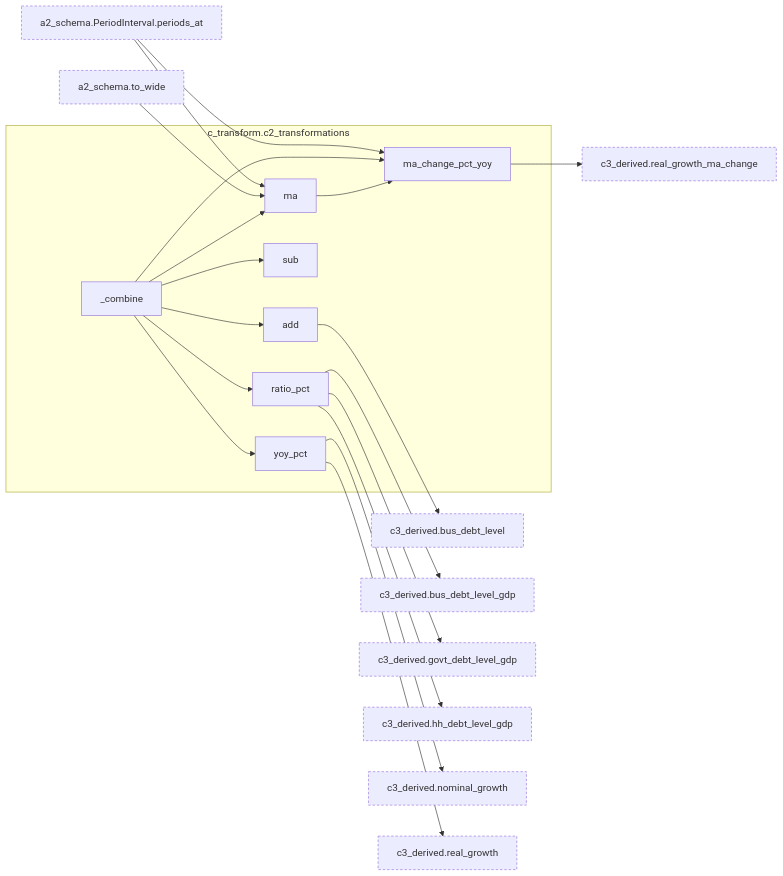
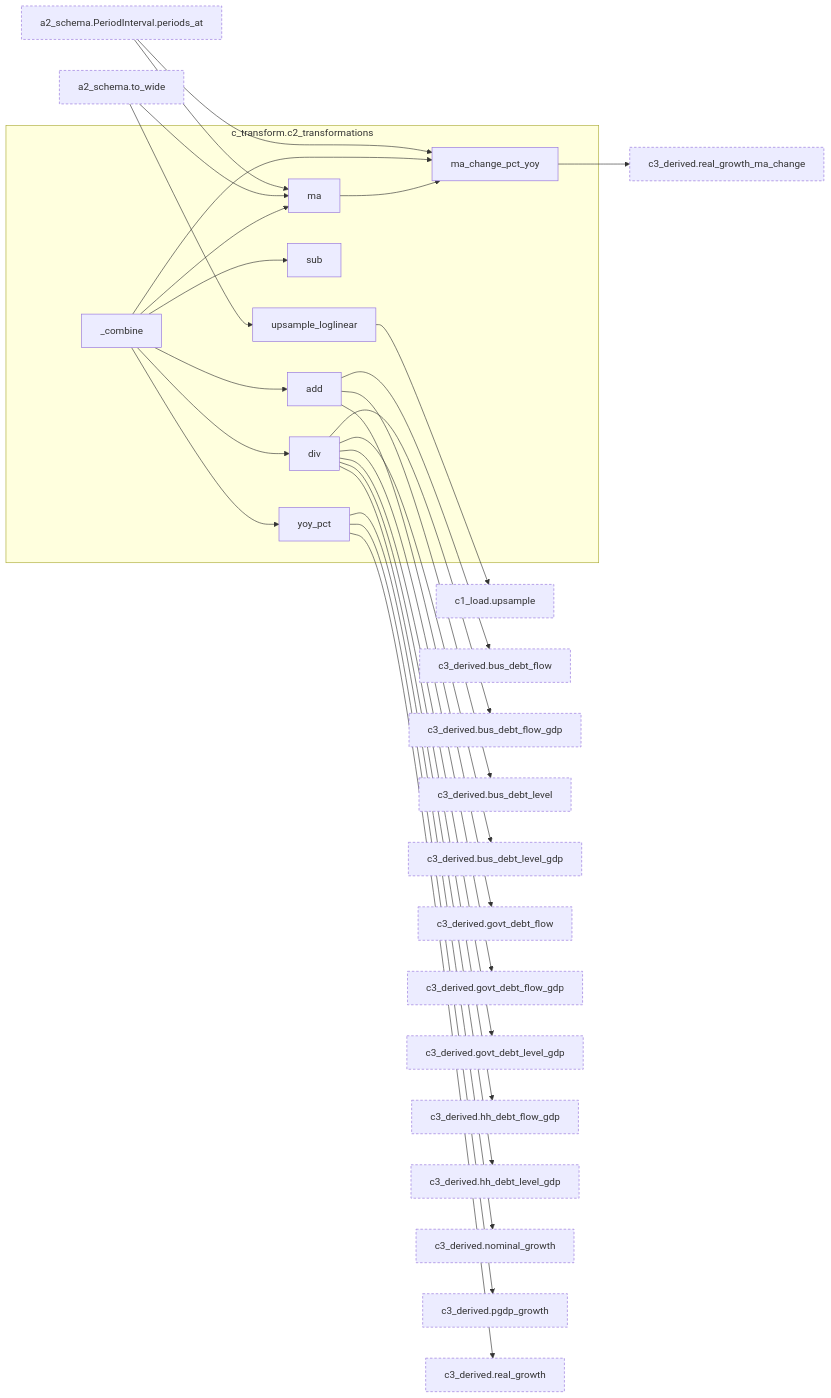
One commit to bsawyerg15/MacroScan changed diagram 12 of 15 in docs/architecture.md. Above: the diagram before and after it, drawn with Mermaid. The commit also changed other lines of this file and 8 other files, not shown here.

````diff
--- a/docs/architecture.md
+++ b/docs/architecture.md
@@ -965,55 +980,79 @@
 ```mermaid
 flowchart LR
   subgraph this["c_transform.c2_transformations"]
     n_c_transform_c2_transformations__combine["_combine"]
     n_c_transform_c2_transformations_add["add"]
+    n_c_transform_c2_transformations_div["div"]
     n_c_transform_c2_transformations_ma["ma"]
     n_c_transform_c2_transformations_ma_change_pct_yoy["ma_change_pct_yoy"]
-    n_c_transform_c2_transformations_ratio_pct["ratio_pct"]
     n_c_transform_c2_transformations_sub["sub"]
+    n_c_transform_c2_transformations_upsample_loglinear["upsample_loglinear"]
     n_c_transform_c2_transformations_yoy_pct["yoy_pct"]
   end
   n_a_core_a2_schema_PeriodInterval_periods_at["a2_schema.PeriodInterval.periods_at"]:::ext
   n_a_core_a2_schema_to_wide["a2_schema.to_wide"]:::ext
+  n_c_transform_c1_load_upsample["c1_load.upsample"]:::ext
+  n_c_transform_c3_derived_bus_debt_flow["c3_derived.bus_debt_flow"]:::ext
+  n_c_transform_c3_derived_bus_debt_flow_gdp["c3_derived.bus_debt_flow_gdp"]:::ext
   n_c_transform_c3_derived_bus_debt_level["c3_derived.bus_debt_level"]:::ext
   n_c_transform_c3_derived_bus_debt_level_gdp["c3_derived.bus_debt_level_gdp"]:::ext
+  n_c_transform_c3_derived_govt_debt_flow["c3_derived.govt_debt_flow"]:::ext
+  n_c_transform_c3_derived_govt_debt_flow_gdp["c3_derived.govt_debt_flow_gdp"]:::ext
   n_c_transform_c3_derived_govt_debt_level_gdp["c3_derived.govt_debt_level_gdp"]:::ext
+  n_c_transform_c3_derived_hh_debt_flow_gdp["c3_derived.hh_debt_flow_gdp"]:::ext
   n_c_transform_c3_derived_hh_debt_level_gdp["c3_derived.hh_debt_level_gdp"]:::ext
   n_c_transform_c3_derived_nominal_growth["c3_derived.nominal_growth"]:::ext
+  n_c_transform_c3_derived_pgdp_growth["c3_derived.pgdp_growth"]:::ext
   n_c_transform_c3_derived_real_growth["c3_derived.real_growth"]:::ext
   n_c_transform_c3_derived_real_growth_ma_change["c3_derived.real_growth_ma_change"]:::ext
+  n_c_transform_c2_transformations_upsample_loglinear --> n_c_transform_c1_load_upsample
   n_c_transform_c2_transformations__combine --> n_c_transform_c2_transformations_add
+  n_c_transform_c2_transformations__combine --> n_c_transform_c2_transformations_div
   n_a_core_a2_schema_PeriodInterval_periods_at --> n_c_transform_c2_transformations_ma
   n_a_core_a2_schema_to_wide --> n_c_transform_c2_transformations_ma
   n_c_transform_c2_transformations__combine --> n_c_transform_c2_transformations_ma
   n_a_core_a2_schema_PeriodInterval_periods_at --> n_c_transform_c2_transformations_ma_change_pct_yoy
   n_c_transform_c2_transformations__combine --> n_c_transform_c2_transformations_ma_change_pct_yoy
   n_c_transform_c2_transformations_ma --> n_c_transform_c2_transformations_ma_change_pct_yoy
-  n_c_transform_c2_transformations__combine --> n_c_transform_c2_transformations_ratio_pct
   n_c_transform_c2_transformations__combine --> n_c_transform_c2_transformations_sub
+  n_a_core_a2_schema_to_wide --> n_c_transform_c2_transformations_upsample_loglinear
   n_c_transform_c2_transformations__combine --> n_c_transform_c2_transformations_yoy_pct
+  n_c_transform_c2_transformations_add --> n_c_transform_c3_derived_bus_debt_flow
+  n_c_transform_c2_transformations_div --> n_c_transform_c3_derived_bus_debt_flow_gdp
   n_c_transform_c2_transformations_add --> n_c_transform_c3_derived_bus_debt_level
-  n_c_transform_c2_transformations_ratio_pct --> n_c_transform_c3_derived_bus_debt_level_gdp
-  n_c_transform_c2_transformations_ratio_pct --> n_c_transform_c3_derived_govt_debt_level_gdp
-  n_c_transform_c2_transformations_ratio_pct --> n_c_transform_c3_derived_hh_debt_level_gdp
+  n_c_transform_c2_transformations_div --> n_c_transform_c3_derived_bus_debt_level_gdp
+  n_c_transform_c2_transformations_add --> n_c_transform_c3_derived_govt_debt_flow
+  n_c_transform_c2_transformations_div --> n_c_transform_c3_derived_govt_debt_flow_gdp
+  n_c_transform_c2_transformations_div --> n_c_transform_c3_derived_govt_debt_level_gdp
+  n_c_transform_c2_transformations_div --> n_c_transform_c3_derived_hh_debt_flow_gdp
+  n_c_transform_c2_transformations_div --> n_c_transform_c3_derived_hh_debt_level_gdp
   n_c_transform_c2_transformations_yoy_pct --> n_c_transform_c3_derived_nominal_growth
+  n_c_transform_c2_transformations_yoy_pct --> n_c_transform_c3_derived_pgdp_growth
   n_c_transform_c2_transformations_yoy_pct --> n_c_transform_c3_derived_real_growth
   n_c_transform_c2_transformations_ma_change_pct_yoy --> n_c_transform_c3_derived_real_growth_ma_change
   click n_a_core_a2_schema_PeriodInterval_periods_at href "#fn-a_core-a2_schema-PeriodInterval.periods_at"
   click n_a_core_a2_schema_to_wide href "#fn-a_core-a2_schema-to_wide"
+  click n_c_transform_c1_load_upsample href "#fn-c_transform-c1_load-upsample"
   click n_c_transform_c2_transformations__combine href "#fn-c_transform-c2_transformations-_combine"
   click n_c_transform_c2_transformations_add href "#fn-c_transform-c2_transformations-add"
+  click n_c_transform_c2_transformations_div href "#fn-c_transform-c2_transformations-div"
   click n_c_transform_c2_transformations_ma href "#fn-c_transform-c2_transformations-ma"
   click n_c_transform_c2_transformations_ma_change_pct_yoy href "#fn-c_transform-c2_transformations-ma_change_pct_yoy"
-  click n_c_transform_c2_transformations_ratio_pct href "#fn-c_transform-c2_transformations-ratio_pct"
   click n_c_transform_c2_transformations_sub href "#fn-c_transform-c2_transformations-sub"
+  click n_c_transform_c2_transformations_upsample_loglinear href "#fn-c_transform-c2_transformations-upsample_loglinear"
   click n_c_transform_c2_transformations_yoy_pct href "#fn-c_transform-c2_transformations-yoy_pct"
+  click n_c_transform_c3_derived_bus_debt_flow href "#fn-c_transform-c3_derived-bus_debt_flow"
+  click n_c_transform_c3_derived_bus_debt_flow_gdp href "#fn-c_transform-c3_derived-bus_debt_flow_gdp"
   click n_c_transform_c3_derived_bus_debt_level href "#fn-c_transform-c3_derived-bus_debt_level"
   click n_c_transform_c3_derived_bus_debt_level_gdp href "#fn-c_transform-c3_derived-bus_debt_level_gdp"
+  click n_c_transform_c3_derived_govt_debt_flow href "#fn-c_transform-c3_derived-govt_debt_flow"
+  click n_c_transform_c3_derived_govt_debt_flow_gdp href "#fn-c_transform-c3_derived-govt_debt_flow_gdp"
   click n_c_transform_c3_derived_govt_debt_level_gdp href "#fn-c_transform-c3_derived-govt_debt_level_gdp"
+  click n_c_transform_c3_derived_hh_debt_flow_gdp href "#fn-c_transform-c3_derived-hh_debt_flow_gdp"
   click n_c_transform_c3_derived_hh_debt_level_gdp href "#fn-c_transform-c3_derived-hh_debt_level_gdp"
   click n_c_transform_c3_derived_nominal_growth href "#fn-c_transform-c3_derived-nominal_growth"
+  click n_c_transform_c3_derived_pgdp_growth href "#fn-c_transform-c3_derived-pgdp_growth"
   click n_c_transform_c3_derived_real_growth href "#fn-c_transform-c3_derived-real_growth"
   click n_c_transform_c3_derived_real_growth_ma_change href "#fn-c_transform-c3_derived-real_growth_ma_change"
   classDef ext stroke-dasharray: 4 3
 ```
````
